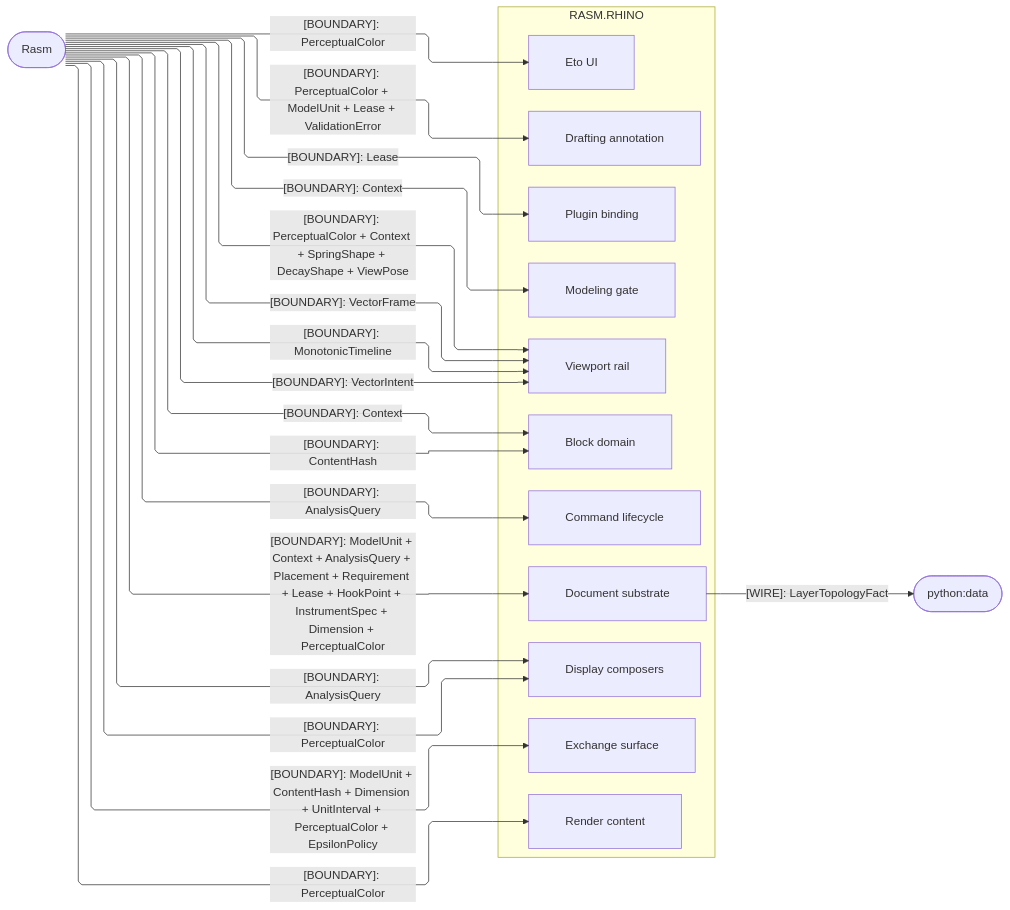
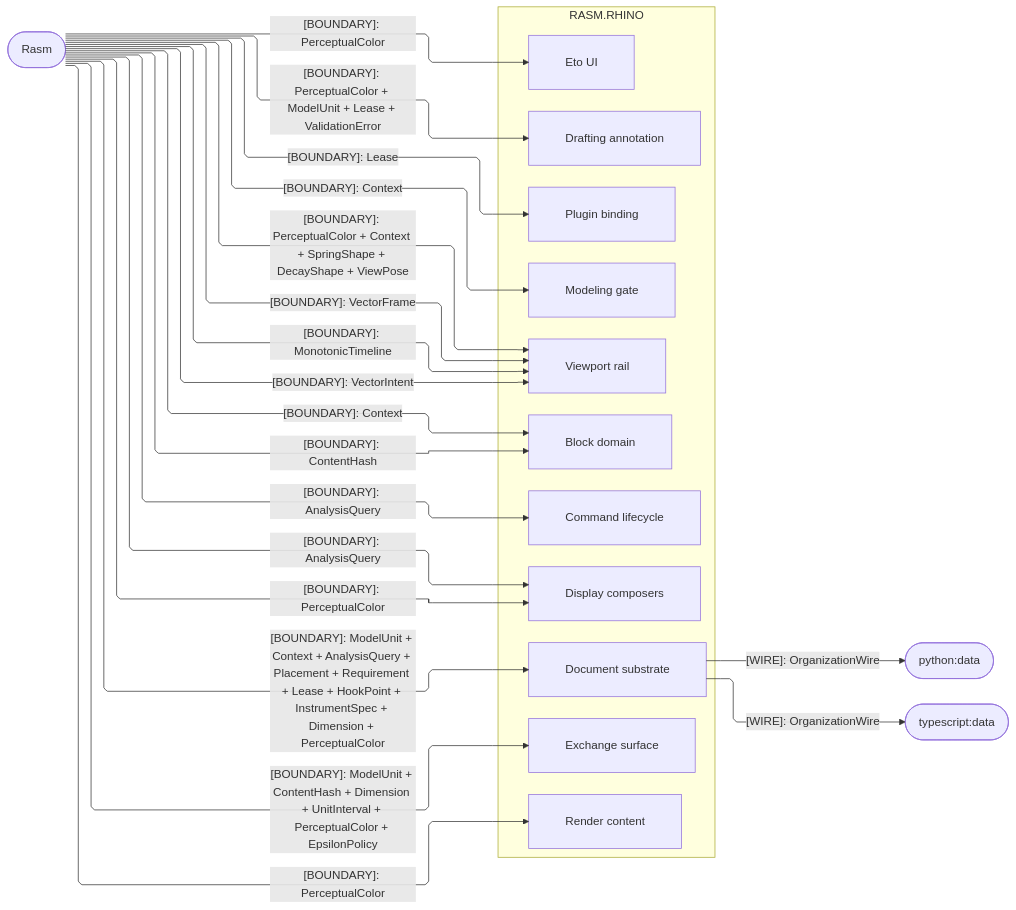
The second of 3 diagrams in libs/csharp/Rasm.Rhino/ARCHITECTURE.md (bsamiee/Rasm), drawn with Mermaid before and after one commit. The commit also changed other lines of this file and 400 other files, not shown here.

````diff
--- a/libs/csharp/Rasm.Rhino/ARCHITECTURE.md
+++ b/libs/csharp/Rasm.Rhino/ARCHITECTURE.md
@@ -180,44 +180,46 @@
 ```mermaid
 ---
 config:
   layout: elk
   flowchart:
     curve: linear
     padding: 25
 ---
 flowchart LR
     accTitle: Rasm.Rhino kernel-boundary seams
     accDescr: Rasm.Rhino host sub-domain owners consuming frozen-name value contracts down from the Rasm kernel, one boundary rail per consuming sub-domain.
     subgraph rhino[RASM.RHINO]
         Document[Document substrate]
         Commands[Command lifecycle]
         Blocks[Block domain]
         Modeling[Modeling gate]
         Annotation[Drafting annotation]
         Viewport[Viewport rail]
         Display[Display composers]
         Render[Render content]
         Exchange[Exchange surface]
         Eto[Eto UI]
         Plugin[Plugin binding]
     end
     Rasm([Rasm])
     PyData([python:data])
+    TsData([typescript:data])
     Rasm e1@-->|"[BOUNDARY]: ModelUnit + Context + AnalysisQuery + Placement + Requirement + Lease + HookPoint + InstrumentSpec + Dimension + PerceptualColor"| Document
     Rasm e2@-->|"[BOUNDARY]: VectorFrame"| Viewport
     Rasm e3@-->|"[BOUNDARY]: AnalysisQuery"| Commands
     Rasm e4@-->|"[BOUNDARY]: PerceptualColor"| Eto
     Rasm e5@-->|"[BOUNDARY]: MonotonicTimeline"| Viewport
     Rasm e6@-->|"[BOUNDARY]: VectorIntent"| Viewport
     Rasm e7@-->|"[BOUNDARY]: Context"| Modeling
     Rasm e8@-->|"[BOUNDARY]: ContentHash"| Blocks
     Rasm e9@-->|"[BOUNDARY]: PerceptualColor"| Display
     Rasm e14@-->|"[BOUNDARY]: AnalysisQuery"| Display
     Rasm e10@-->|"[BOUNDARY]: PerceptualColor"| Render
     Rasm e11@-->|"[BOUNDARY]: PerceptualColor + Context + SpringShape + DecayShape + ViewPose"| Viewport
     Rasm e12@-->|"[BOUNDARY]: PerceptualColor + ModelUnit + Lease + ValidationError"| Annotation
     Rasm e13@-->|"[BOUNDARY]: Context"| Blocks
     Rasm e15@-->|"[BOUNDARY]: ModelUnit + ContentHash + Dimension + UnitInterval + PerceptualColor + EpsilonPolicy"| Exchange
     Rasm e16@-->|"[BOUNDARY]: Lease"| Plugin
-    Document e17@-->|"[WIRE]: LayerTopologyFact"| PyData
+    Document e17@-->|"[WIRE]: OrganizationWire"| PyData
+    Document e18@-->|"[WIRE]: OrganizationWire"| TsData
 ```
````
